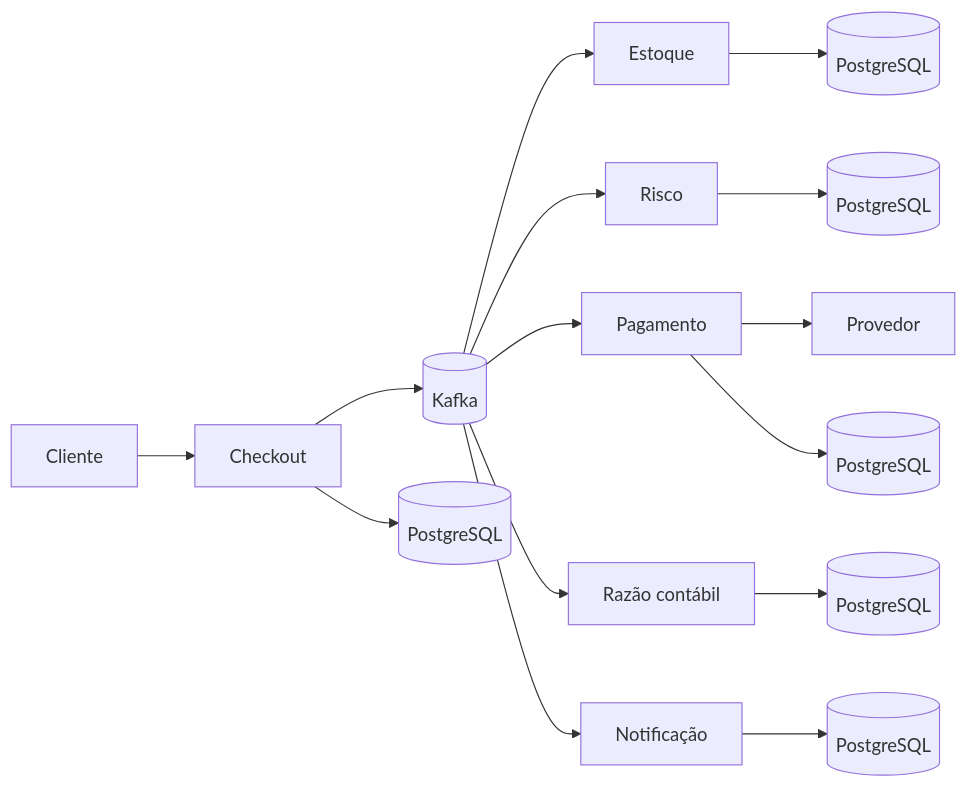
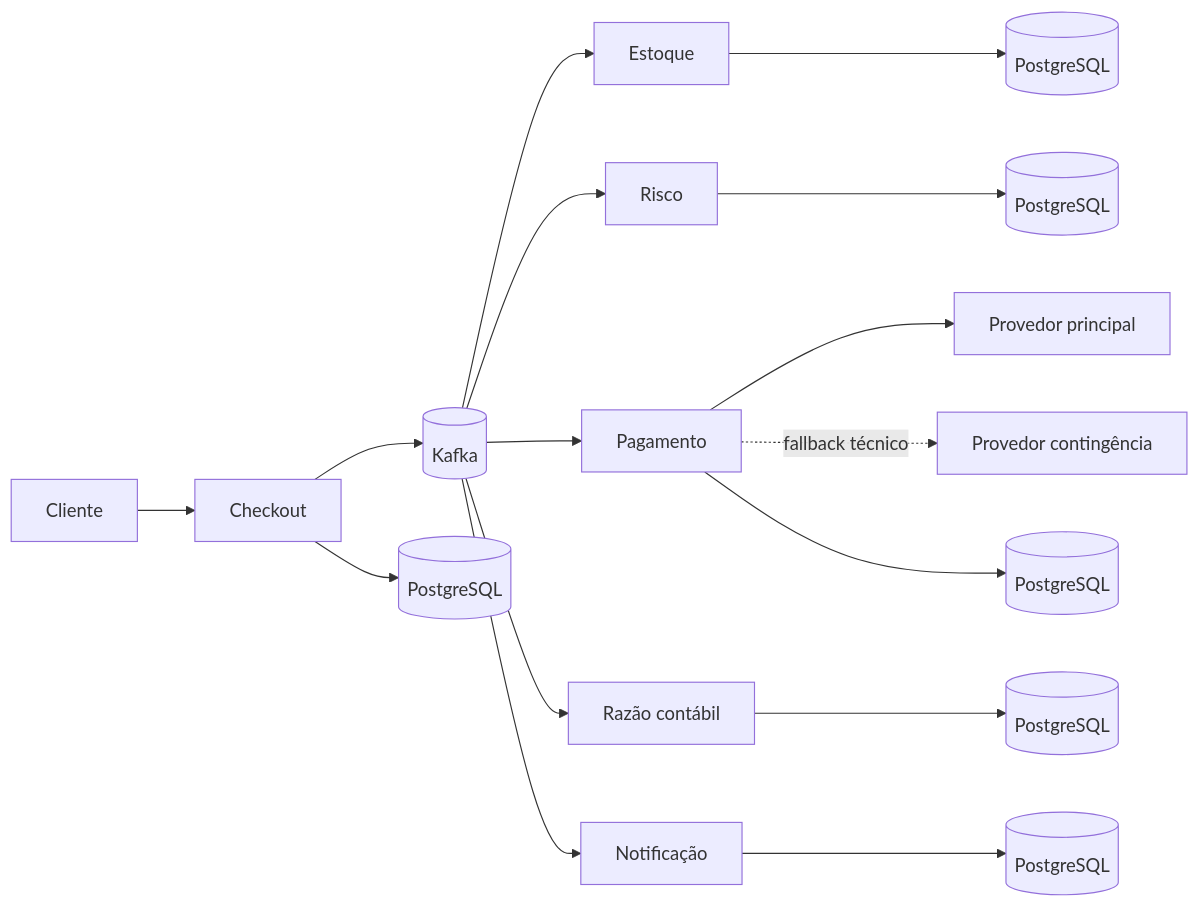
One commit to Mateussoaresferreira/orquestra-pagamentos changed the diagram in README.md. Above: the diagram before and after it, drawn with Mermaid. The commit also changed other lines of this file and 268 other files, not shown here.

````diff
--- a/README.md
+++ b/README.md
@@ -31,17 +59,18 @@
 ```mermaid
 flowchart LR
     C[Cliente] --> CO[Checkout]
     CO --> K[(Kafka)]
     K --> ES[Estoque]
     K --> RI[Risco]
     K --> PA[Pagamento]
-    PA --> PR[Provedor]
+    PA --> PR1[Provedor principal]
+    PA -. fallback técnico .-> PR2[Provedor contingência]
     K --> RA[Razão contábil]
     K --> NO[Notificação]
     CO --> BC[(PostgreSQL)]
     ES --> BE[(PostgreSQL)]
     RI --> BR[(PostgreSQL)]
     PA --> BP[(PostgreSQL)]
     RA --> BL[(PostgreSQL)]
     NO --> BN[(PostgreSQL)]
 ```
````
